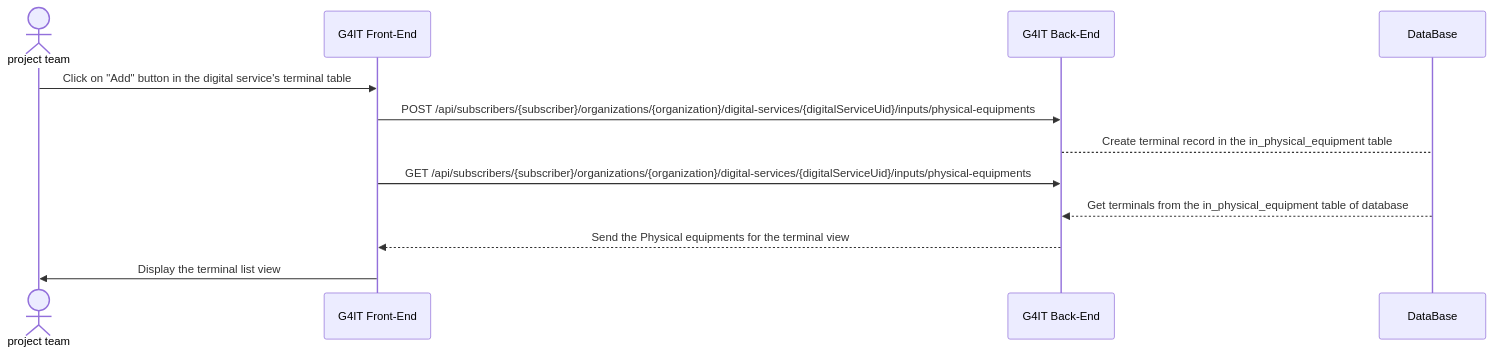
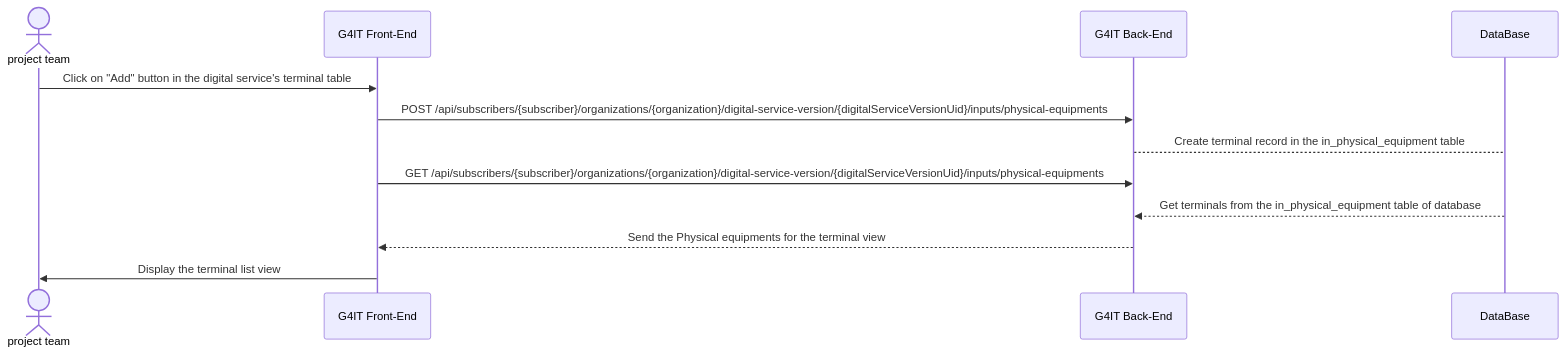
One commit to teamg4it/g4it changed the diagram in services/documentation/content/2-functional-documentation/use_cases/uc_digital_services/uc3_add_visualize_equipments/uc3_add_visualize_terminals/add_visualize_terminals_via_forms.md. Above: the diagram before and after it, drawn with Mermaid. The commit also changed other lines of this file and 34 other files, not shown here.

```diff
--- a/services/documentation/content/2-functional-documentation/use_cases/uc_digital_services/uc3_add_visualize_equipments/uc3_add_visualize_terminals/add_visualize_terminals_via_forms.md
+++ b/services/documentation/content/2-functional-documentation/use_cases/uc_digital_services/uc3_add_visualize_equipments/uc3_add_visualize_terminals/add_visualize_terminals_via_forms.md
@@ -50,17 +50,17 @@
 {{< mermaid >}}
 sequenceDiagram
 
 actor RND as project team
 participant front as G4IT Front-End
 participant back as G4IT Back-End
 participant DataBase
 
 RND ->> front: Click on "Add" button in the digital service's terminal table
-front ->> back: POST /api/subscribers/{subscriber}/organizations/{organization}/digital-services/{digitalServiceUid}/inputs/physical-equipments
+front ->> back: POST /api/subscribers/{subscriber}/organizations/{organization}/digital-service-version/{digitalServiceVersionUid}/inputs/physical-equipments
 back--> DataBase: Create terminal record in the in_physical_equipment table
-front ->> back: GET /api/subscribers/{subscriber}/organizations/{organization}/digital-services/{digitalServiceUid}/inputs/physical-equipments
+front ->> back: GET /api/subscribers/{subscriber}/organizations/{organization}/digital-service-version/{digitalServiceVersionUid}/inputs/physical-equipments
 DataBase -->> back: Get terminals from the in_physical_equipment table of database
 back -->> front: Send the Physical equipments for the terminal view
 front->> RND : Display the terminal list view
 
 {{< /mermaid >}}
```
